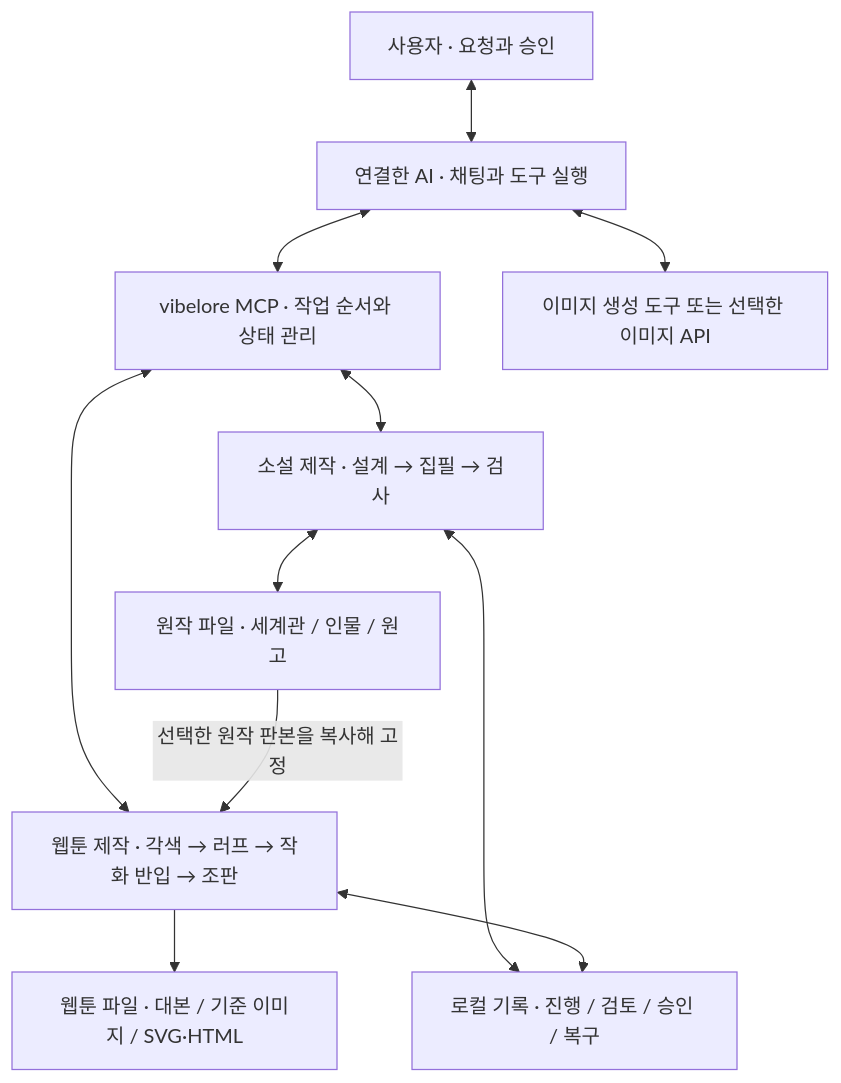
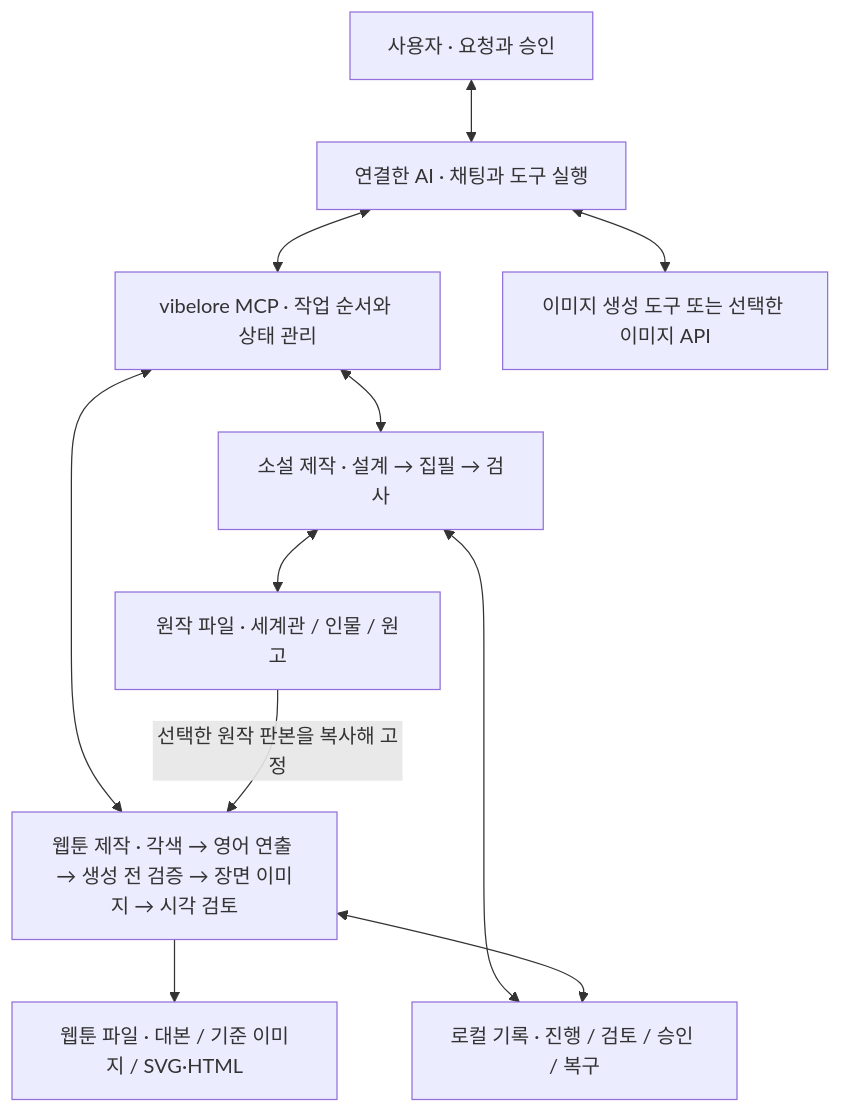
Before and after one commit to fbwndrud/vibelore: the first of 5 diagrams in docs/ARCHITECTURE.md, drawn with Mermaid. The commit also changed other lines of this file and 8 other files, not shown here.

Commit message:
docs(webtoon): fix round 1 — scene path default in HOSTS/MCP/OPERATIONS/ARCHITECTURE, correct scene image-choice flow and field names

````diff
--- a/docs/ARCHITECTURE.md
+++ b/docs/ARCHITECTURE.md
@@ -12,13 +12,13 @@
 ```mermaid
 flowchart TB
     U["사용자 · 요청과 승인"] <--> H["연결한 AI · 채팅과 도구 실행"]
     H <--> V["vibelore MCP · 작업 순서와 상태 관리"]
     H <--> G["이미지 생성 도구 또는 선택한 이미지 API"]
     V <--> N["소설 제작 · 설계 → 집필 → 검사"]
-    V <--> W["웹툰 제작 · 각색 → 러프 → 작화 반입 → 조판"]
+    V <--> W["웹툰 제작 · 각색 → 영어 연출 → 생성 전 검증 → 장면 이미지 → 시각 검토"]
     N <--> C["원작 파일 · 세계관 / 인물 / 원고"]
     C -->|"선택한 원작 판본을 복사해 고정"| W
     W --> O["웹툰 파일 · 대본 / 기준 이미지 / SVG·HTML"]
     N <--> S["로컬 기록 · 진행 / 검토 / 승인 / 복구"]
     W <--> S
 ```
````
